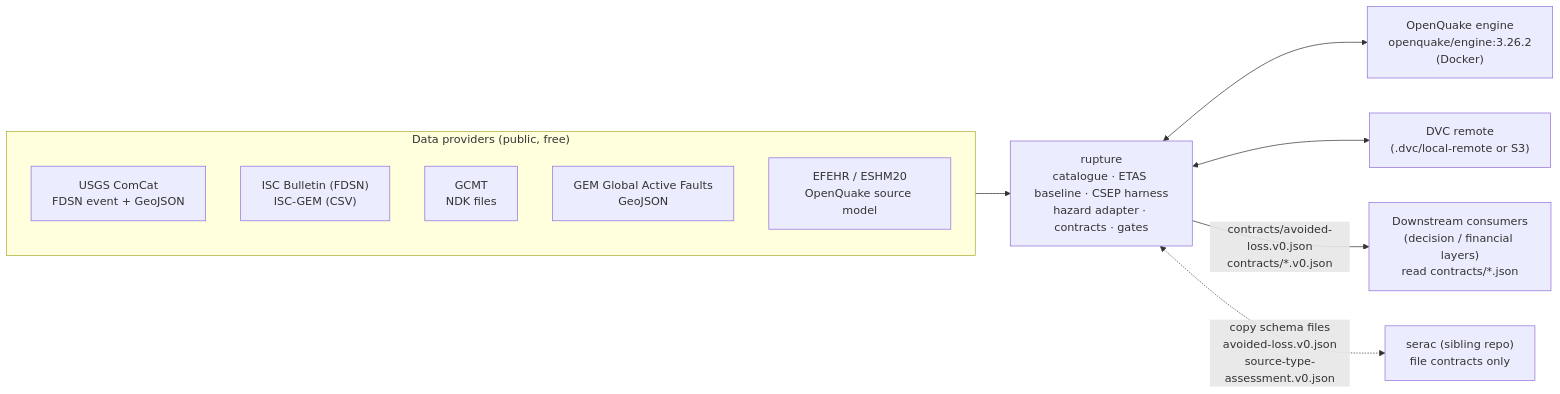
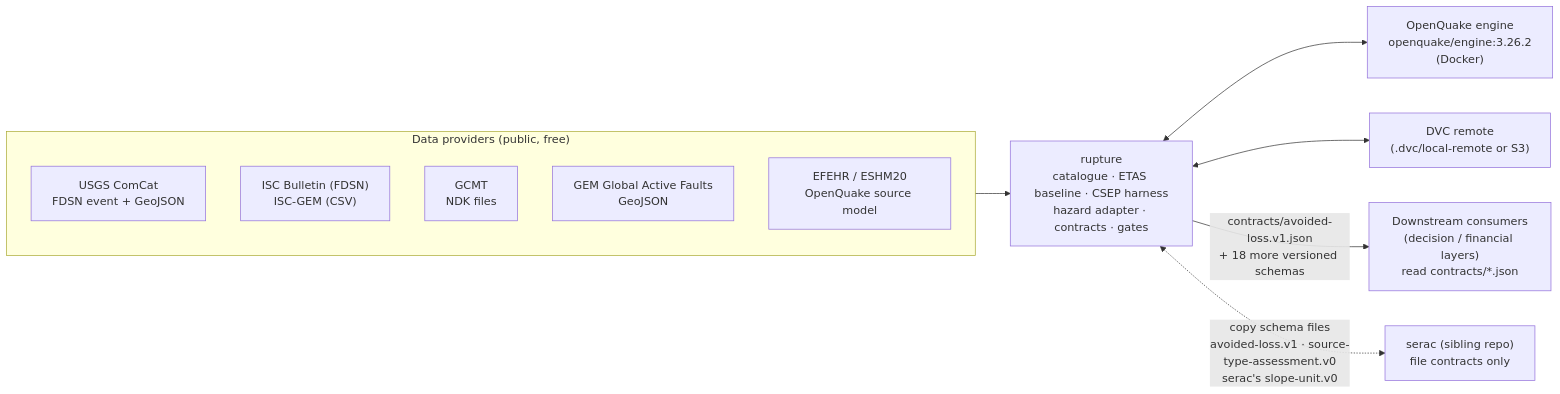
The first of 3 diagrams in docs/ARCHITECTURE.md (dizzy1900/rupture), drawn with Mermaid before and after one commit. The commit also changed other lines of this file and 22 other files, not shown here.

````diff
--- a/docs/ARCHITECTURE.md
+++ b/docs/ARCHITECTURE.md
@@ -9,21 +15,21 @@
 ```mermaid
 flowchart LR
   subgraph providers["Data providers (public, free)"]
     USGS["USGS ComCat<br/>FDSN event + GeoJSON"]
     ISC["ISC Bulletin (FDSN)<br/>ISC-GEM (CSV)"]
     GCMT["GCMT<br/>NDK files"]
     GEM["GEM Global Active Faults<br/>GeoJSON"]
     EFEHR["EFEHR / ESHM20<br/>OpenQuake source model"]
   end
   OQ["OpenQuake engine<br/>openquake/engine:3.26.2<br/>(Docker)"]
   DVC["DVC remote<br/>(.dvc/local-remote or S3)"]
   R["rupture<br/>catalogue · ETAS baseline · CSEP harness<br/>hazard adapter · contracts · gates"]
   C["Downstream consumers<br/>(decision / financial layers)<br/>read contracts/*.json"]
   S["serac (sibling repo)<br/>file contracts only"]
 
   providers --> R
   R <--> OQ
   R <--> DVC
-  R -- "contracts/avoided-loss.v0.json<br/>contracts/*.v0.json" --> C
-  R <-. "copy schema files<br/>avoided-loss.v0.json<br/>source-type-assessment.v0.json" .-> S
+  R -- "contracts/avoided-loss.v1.json<br/>+ 18 more versioned schemas" --> C
+  R <-. "copy schema files<br/>avoided-loss.v1 · source-type-assessment.v0<br/>serac's slope-unit.v0" .-> S
 ```
````
